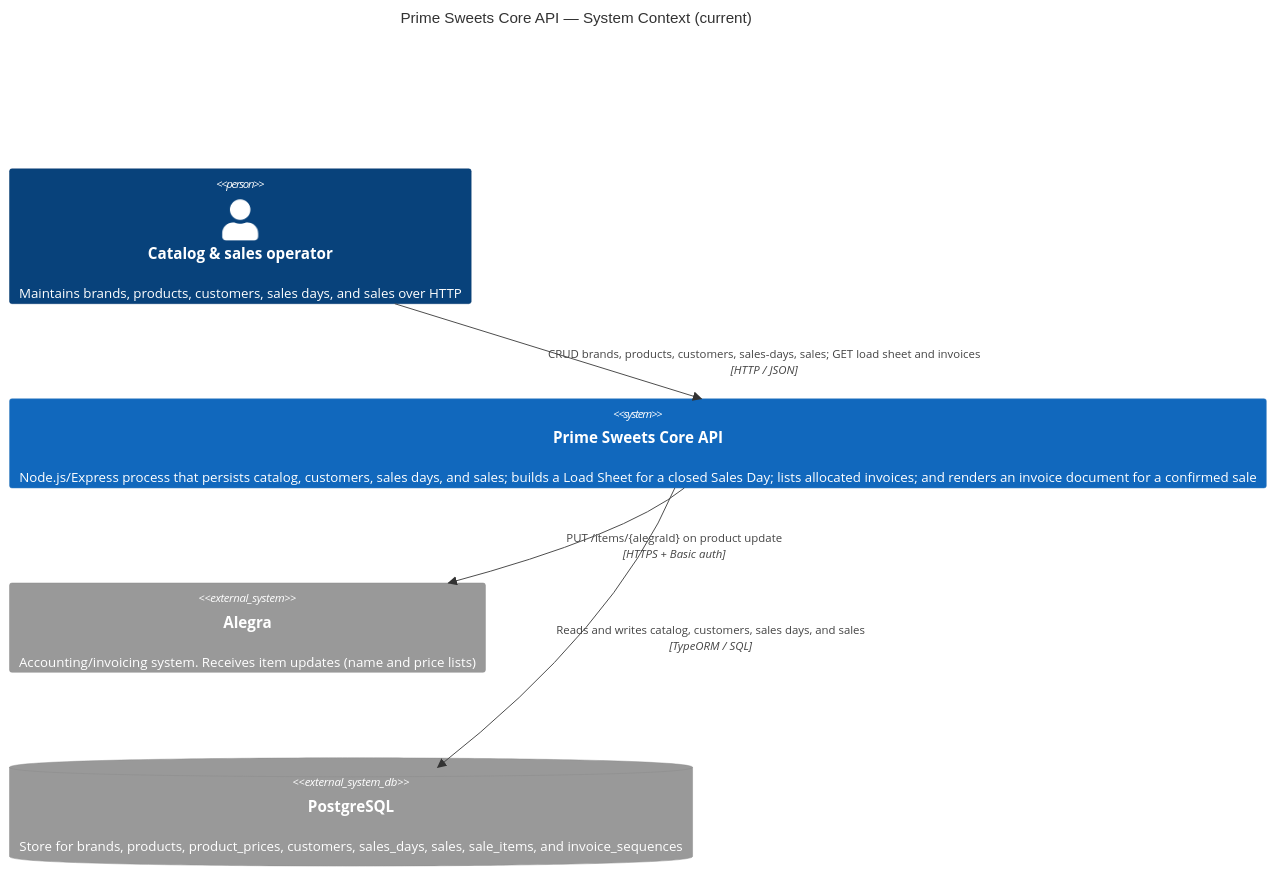
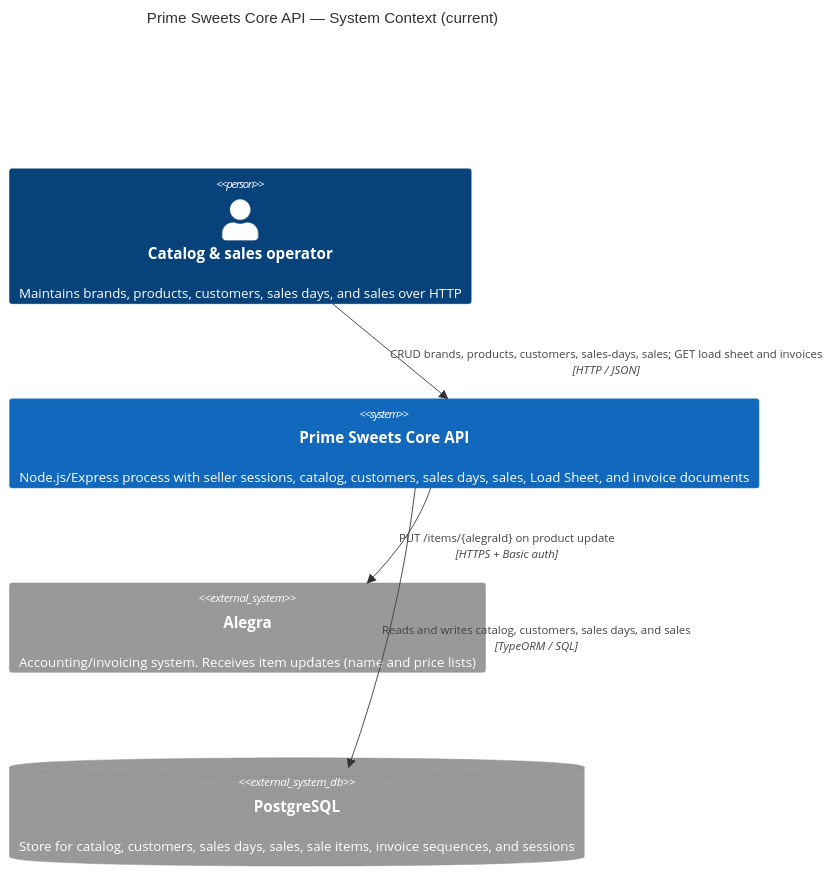
One commit to X01SERYO/prime-sweets-api changed the diagram in docs/architecture/01-context.md. Above: the diagram before and after it, drawn with Mermaid. The commit also changed other lines of this file and 6 other files, not shown here.

````diff
--- a/docs/architecture/01-context.md
+++ b/docs/architecture/01-context.md
@@ -9,13 +9,13 @@
 ```mermaid
 C4Context
 title Prime Sweets Core API — System Context (current)
 
 Person(operator, "Catalog & sales operator", "Maintains brands, products, customers, sales days, and sales over HTTP")
-System(api, "Prime Sweets Core API", "Node.js/Express process that persists catalog, customers, sales days, and sales; builds a Load Sheet for a closed Sales Day; lists allocated invoices; and renders an invoice document for a confirmed sale")
+System(api, "Prime Sweets Core API", "Node.js/Express process with seller sessions, catalog, customers, sales days, sales, Load Sheet, and invoice documents")
 System_Ext(alegra, "Alegra", "Accounting/invoicing system. Receives item updates (name and price lists)")
-SystemDb_Ext(postgres, "PostgreSQL", "Store for brands, products, product_prices, customers, sales_days, sales, sale_items, and invoice_sequences")
+SystemDb_Ext(postgres, "PostgreSQL", "Store for catalog, customers, sales days, sales, sale items, invoice sequences, and sessions")
 
 Rel(operator, api, "CRUD brands, products, customers, sales-days, sales; GET load sheet and invoices", "HTTP / JSON")
 Rel(api, postgres, "Reads and writes catalog, customers, sales days, and sales", "TypeORM / SQL")
 Rel(api, alegra, "PUT /items/{alegraId} on product update", "HTTPS + Basic auth")
 ```
````
